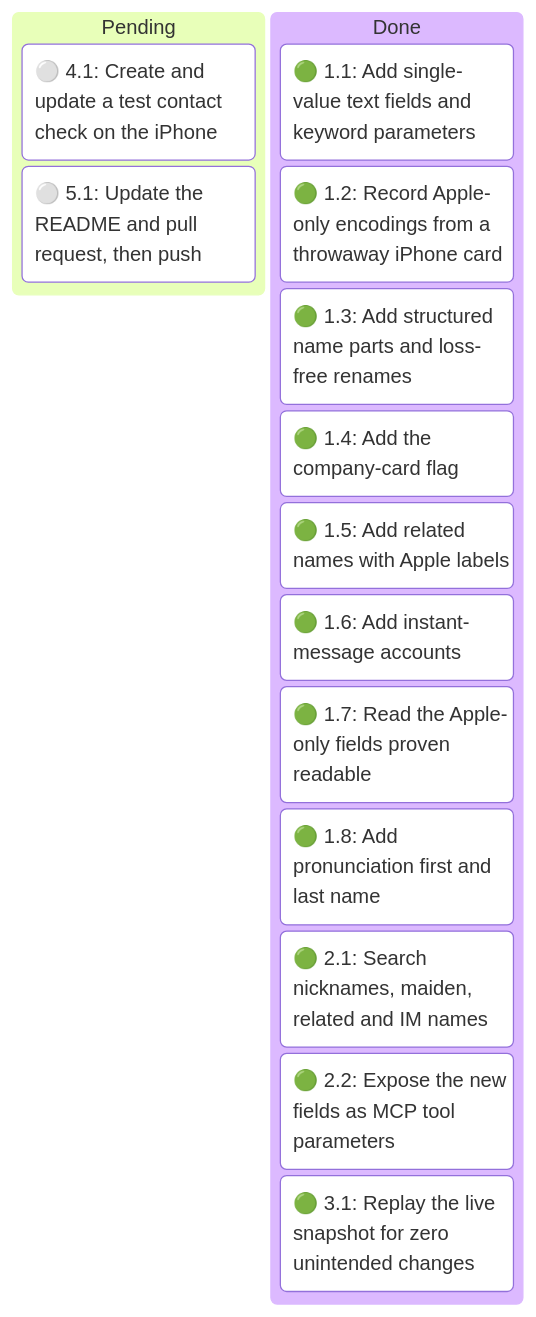
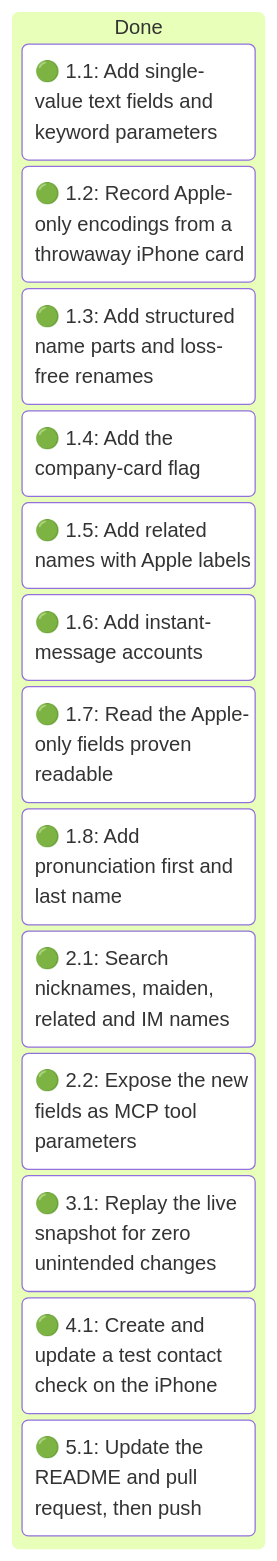
Before and after one commit to sohampatwardhan/icloud-mcp: the first of 2 diagrams in .specs/contact-fields-completion/05_execution.md, drawn with Mermaid. The commit also changed other lines of this file and 5 other files, not shown here.

````diff
--- a/.specs/contact-fields-completion/05_execution.md
+++ b/.specs/contact-fields-completion/05_execution.md
@@ -63,18 +63,17 @@
 ```mermaid
 kanban
-  pending[Pending]
-    t_kanban_4_1[⚪ 4.1: Create and update a test contact check on the iPhone]
-    t_kanban_5_1[⚪ 5.1: Update the README and pull request, then push]
   done[Done]
     t_kanban_1_1[🟢 1.1: Add single-value text fields and keyword parameters]
     t_kanban_1_2[🟢 1.2: Record Apple-only encodings from a throwaway iPhone card]
     t_kanban_1_3[🟢 1.3: Add structured name parts and loss-free renames]
     t_kanban_1_4[🟢 1.4: Add the company-card flag]
     t_kanban_1_5[🟢 1.5: Add related names with Apple labels]
     t_kanban_1_6[🟢 1.6: Add instant-message accounts]
     t_kanban_1_7[🟢 1.7: Read the Apple-only fields proven readable]
     t_kanban_1_8[🟢 1.8: Add pronunciation first and last name]
     t_kanban_2_1[🟢 2.1: Search nicknames, maiden, related and IM names]
     t_kanban_2_2[🟢 2.2: Expose the new fields as MCP tool parameters]
     t_kanban_3_1[🟢 3.1: Replay the live snapshot for zero unintended changes]
+    t_kanban_4_1[🟢 4.1: Create and update a test contact check on the iPhone]
+    t_kanban_5_1[🟢 5.1: Update the README and pull request, then push]
 ```
````
